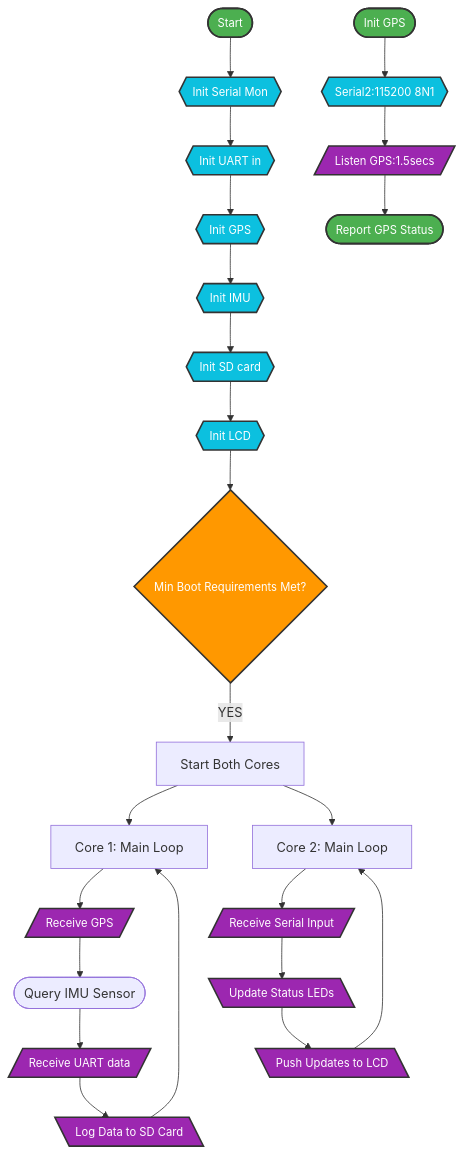
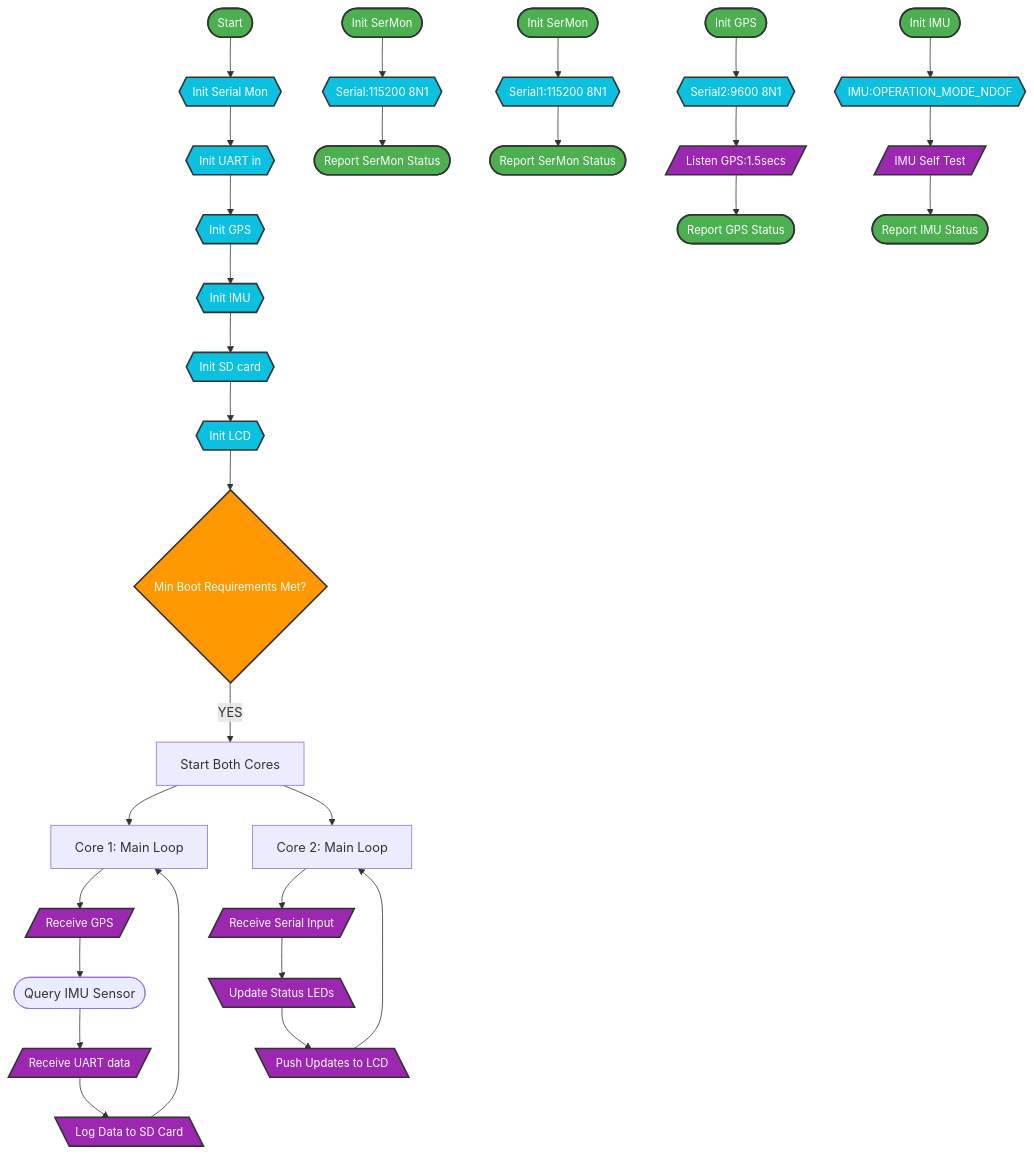
The diagram in readme.md (Phoenixjack/otw), drawn with Mermaid before and after one commit.

````diff
--- a/readme.md
+++ b/readme.md
@@ -35,49 +35,60 @@
 ```mermaid
 flowchart TD
     %% Define Nodes
     Start([Start]) --> InitSerMon{{Init Serial Mon}}
     InitSerMon --> InitUARTin{{Init UART in}}
     InitUARTin --> InitGPS{{Init GPS}}
     InitGPS --> InitIMU{{Init IMU}}
     InitIMU --> InitSDcard{{Init SD card}}
     InitSDcard --> InitLCD{{Init LCD}}
 	InitLCD --> MinBootReqs{"Min Boot Requirements Met?"}
 	MinBootReqs --> |YES| StartBothCores[Start Both Cores]
-
+	
     %% Main Loops
     StartBothCores --> Core1Main[Core 1: Main Loop]
     StartBothCores --> Core2Main[Core 2: Main Loop]
 
     %% Core 1 Tasks
     Core1Main --> GPSFunctions[/Receive GPS/]
     GPSFunctions --> IMUFunctions([Query IMU Sensor])
 	IMUFunctions --> GetUARTdata[/Receive UART data/]
     GetUARTdata --> SDLogging[\Log Data to SD Card\]
     SDLogging --> Core1Main
 
     %% Core 2 Tasks
     Core2Main --> SerialIO[/Receive Serial Input/]
     SerialIO --> StatusLED[\Update Status LEDs\]
     StatusLED --> LCDDisplay[\Push Updates to LCD\]
     LCDDisplay --> Core2Main
 
-	StartGPS([Init GPS]) --> InitSerial2{{Serial2:115200 8N1}}
+    %% SUBSYSTEMS
+	StartSerMon([Init SerMon]) --> InitSerial{{Serial:115200 8N1}}
+	InitSerial --> ReportSerMon([Report SerMon Status])
+	
+    StartUARTIn([Init SerMon]) --> InitUARTIn{{Serial1:115200 8N1}}
+	InitUARTIn --> ReportUARTIn([Report SerMon Status])
+
+    StartGPS([Init GPS]) --> InitSerial2{{Serial2:9600 8N1}}
 	InitSerial2 --> ListenGPS[/"Listen GPS:1.5secs"/]
 	ListenGPS --> ReportGPS([Report GPS Status])
+
+    StartIMU([Init IMU]) --> ConfigIMU{{"IMU:OPERATION_MODE_NDOF"}}
+	ConfigIMU --> SelfTestIMU[/"IMU Self Test"/]
+	SelfTestIMU --> ReportIMU([Report IMU Status])
 
     %% Define Classes
     classDef startStop fill:#4CAF50,stroke:#333,stroke-width:2px,font-size:14px,color:#fff;
     classDef process fill:#2196F3,stroke:#333,stroke-width:2px,font-size:14px,color:#fff;
     classDef decision fill:#FF9800,stroke:#333,stroke-width:2px,font-size:14px,color:#fff;
     classDef input fill:#9C27B0,stroke:#333,stroke-width:2px,font-size:14px,color:#fff;
     classDef output fill:#9C27B0,stroke:#333,stroke-width:2px,font-size:14px,color:#fff;
     classDef config fill:#0CC0DF,stroke:#333,stroke-width:2px,font-size:14px,color:#fff;
 
     %% Assign Classes
-    class Start,End,StartGPS,ReportGPS startStop;
+    class Start,End,StartSerMon,ReportSerMon,StartUARTIn,ReportUARTIn,StartGPS,ReportGPS,StartIMU,ReportIMU startStop;
     class xxx process;
     class MinBootReqs decision;
-    class GPSFunctions,SerialIO,GetUARTdata,ListenGPS input;
+    class GPSFunctions,SerialIO,GetUARTdata,ListenGPS,SelfTestIMU input;
 	class SDLogging,StatusLED,LCDDisplay output;
-	class InitSerMon,InitUARTin,InitGPS,InitIMU,InitSDcard,InitLCD,InitSerial2 config;
+	class InitSerMon,InitUARTin,InitUARTIn,InitGPS,InitIMU,InitSDcard,InitLCD,InitSerial,InitSerial2,ConfigIMU config;
 ```
````
